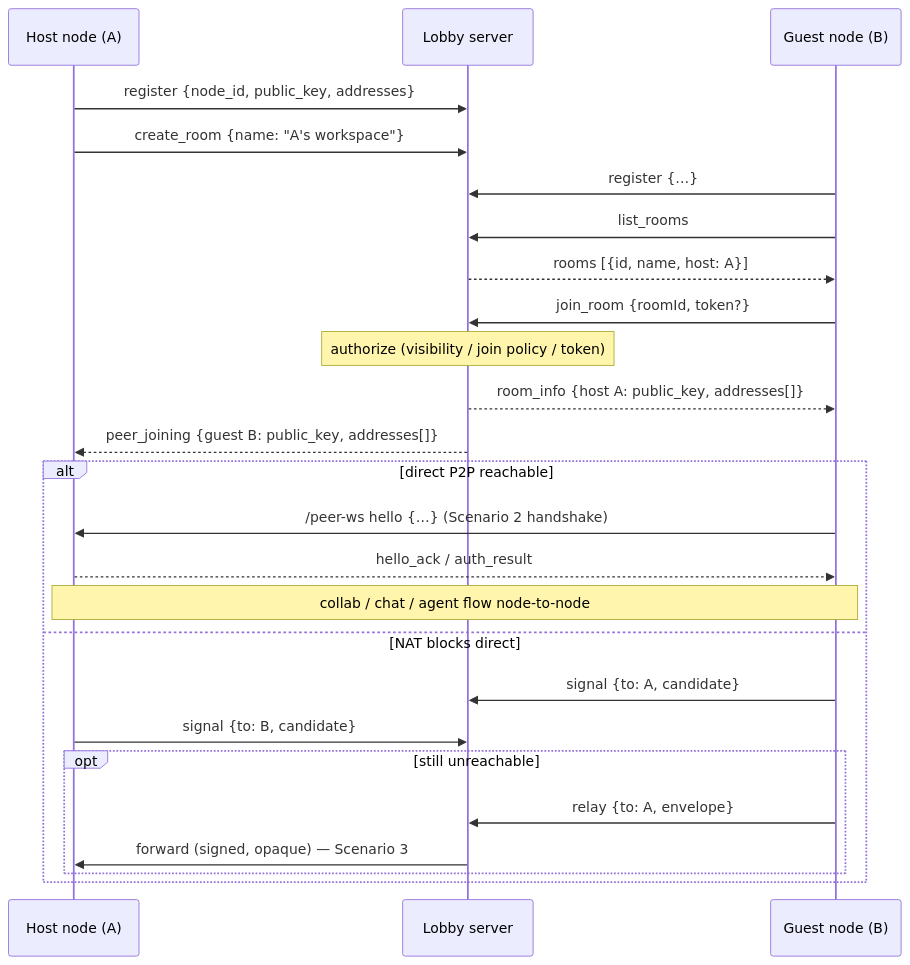
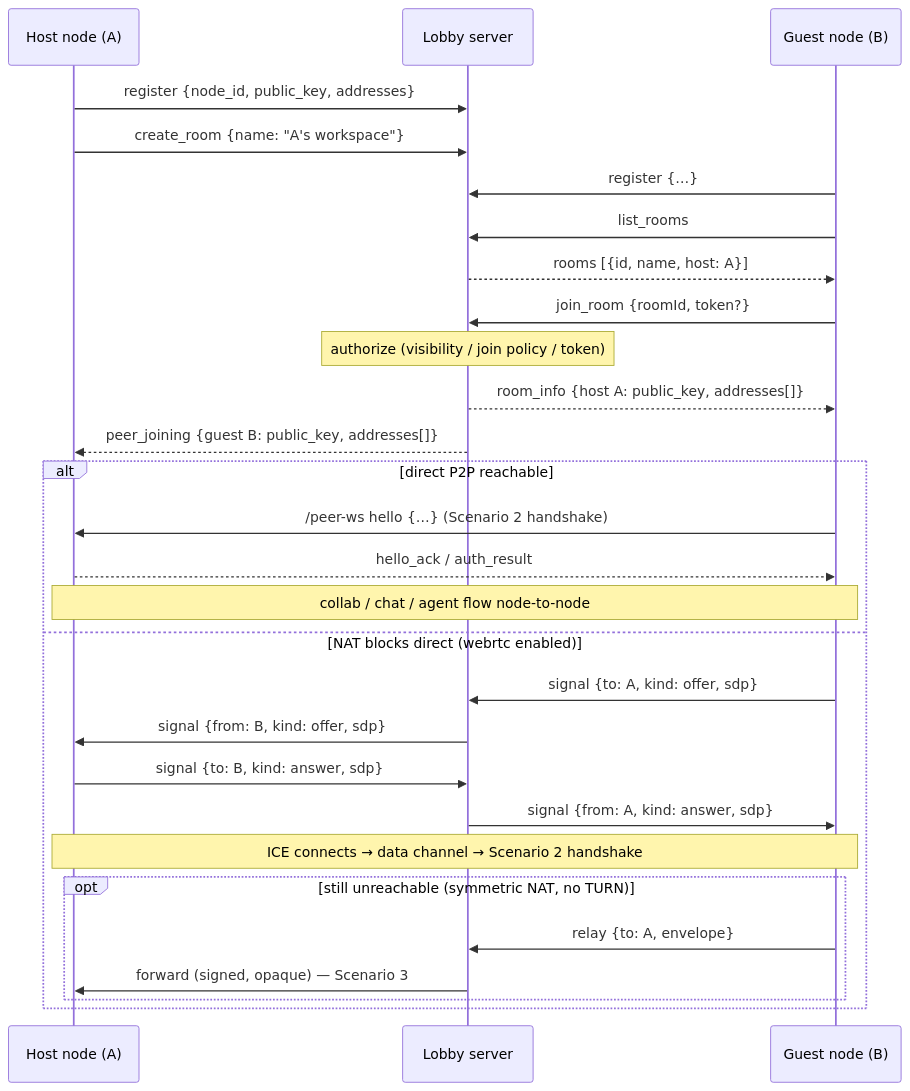
Before and after one commit to ConstCorrectness/horrible-dashboard: the ninth of 9 diagrams in docs/architecture/network-protocol.mdx, drawn with Mermaid. The commit also changed other lines of this file and 11 other files, not shown here.

````diff
--- a/docs/architecture/network-protocol.mdx
+++ b/docs/architecture/network-protocol.mdx
@@ -295,29 +296,32 @@
 ```mermaid
 sequenceDiagram
     participant H as Host node (A)
     participant L as Lobby server
     participant G as Guest node (B)
 
     H->>L: register {node_id, public_key, addresses}
     H->>L: create_room {name: "A's workspace"}
     G->>L: register {…}
     G->>L: list_rooms
     L-->>G: rooms [{id, name, host: A}]
     G->>L: join_room {roomId, token?}
     Note over L: authorize (visibility / join policy / token)
     L-->>G: room_info {host A: public_key, addresses[]}
     L-->>H: peer_joining {guest B: public_key, addresses[]}
 
     alt direct P2P reachable
         G->>H: /peer-ws hello {…}  (Scenario 2 handshake)
         H-->>G: hello_ack / auth_result
         Note over G,H: collab / chat / agent flow node-to-node
-    else NAT blocks direct
-        G->>L: signal {to: A, candidate}
-        H->>L: signal {to: B, candidate}
-        opt still unreachable
+    else NAT blocks direct (webrtc enabled)
+        G->>L: signal {to: A, kind: offer, sdp}
+        L->>H: signal {from: B, kind: offer, sdp}
+        H->>L: signal {to: B, kind: answer, sdp}
+        L->>G: signal {from: A, kind: answer, sdp}
+        Note over G,H: ICE connects → data channel → Scenario 2 handshake
+        opt still unreachable (symmetric NAT, no TURN)
             G->>L: relay {to: A, envelope}
             L->>H: forward (signed, opaque) — Scenario 3
         end
     end
 ```
````
